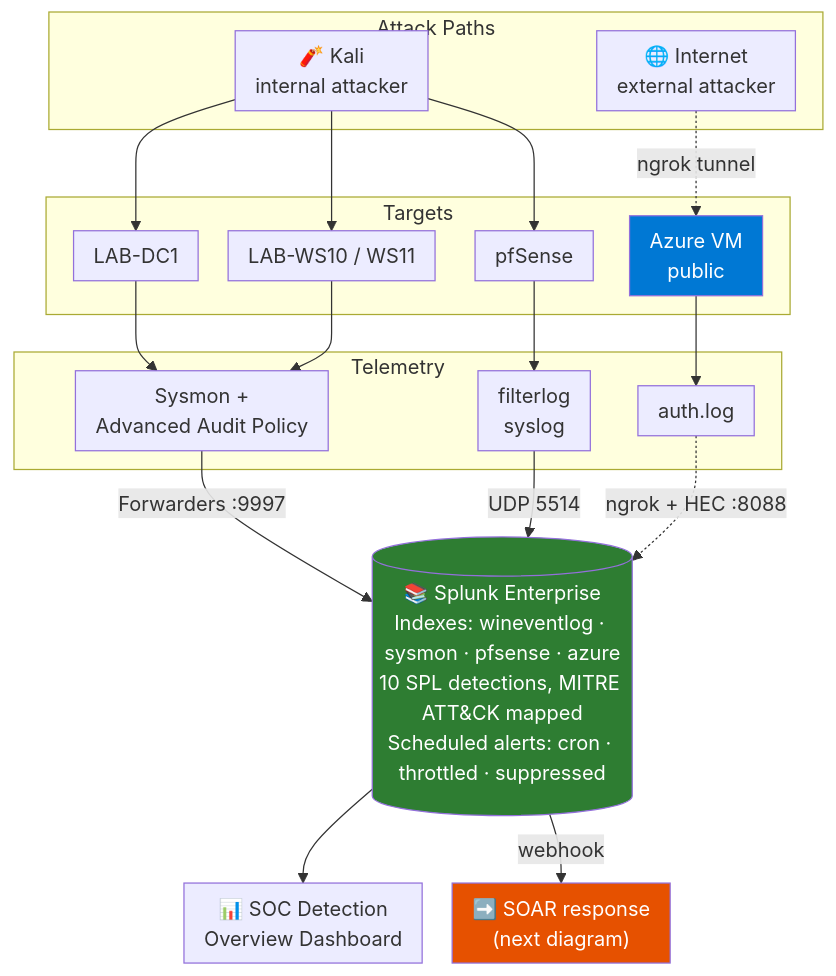
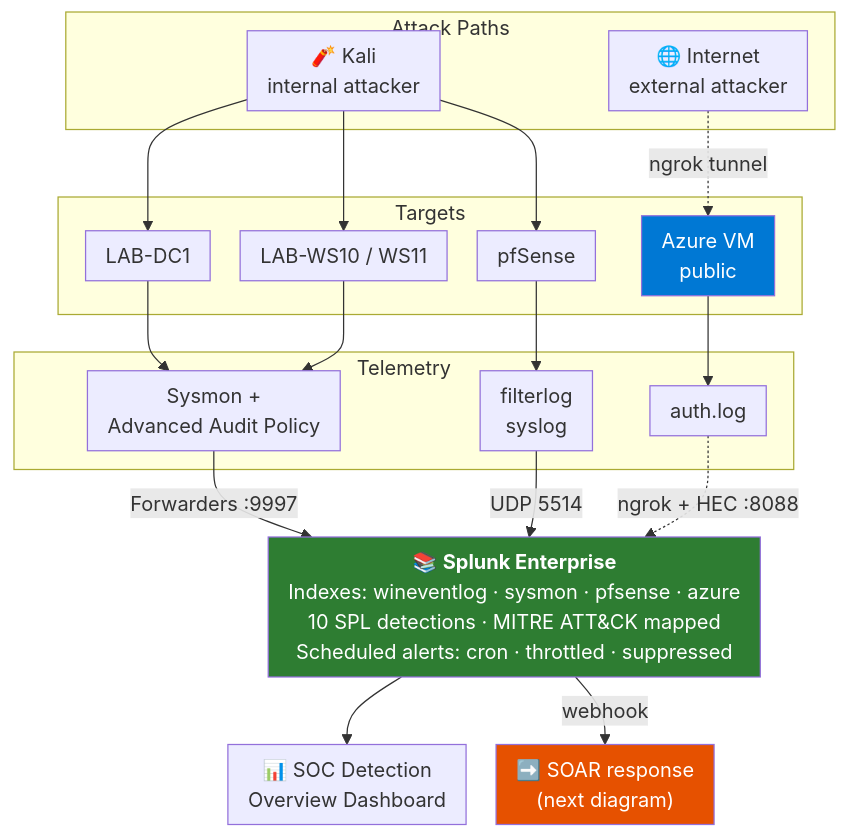
One commit to ahhmedmostafaa/SOC-SIEM-SOAR-HomeLab changed the first of 2 diagrams in architecture/README.md. Above: the diagram before and after it, drawn with Mermaid.

````diff
--- a/architecture/README.md
+++ b/architecture/README.md
@@ -11,45 +11,45 @@
 ```mermaid
-%%{init: {"flowchart": {"nodeSpacing": 24, "rankSpacing": 30, "padding": 8}}}%%
+%%{init: {"flowchart": {"nodeSpacing": 24, "rankSpacing": 30, "padding": 8, "wrappingWidth": 420}}}%%
 flowchart TB
     subgraph ATK["Attack Paths"]
         KALI["🧨 Kali<br/>internal attacker"]
         INET["🌐 Internet<br/>external attacker"]
     end
 
     subgraph TGT["Targets"]
         DC["LAB-DC1"]
         WS["LAB-WS10 / WS11"]
         FW["pfSense"]
         AZ["Azure VM<br/>public"]
     end
 
     subgraph TEL["Telemetry"]
         SYSMON["Sysmon +<br/>Advanced Audit Policy"]
         FWLOG["filterlog<br/>syslog"]
         AUTHLOG["auth.log"]
     end
 
-    SIEM[("📚 Splunk Enterprise<br/>Indexes: wineventlog · sysmon · pfsense · azure<br/>10 SPL detections, MITRE ATT&CK mapped<br/>Scheduled alerts: cron · throttled · suppressed")]
+    SIEM["📚 <b>Splunk Enterprise</b><br/>Indexes: wineventlog · sysmon · pfsense · azure<br/>10 SPL detections · MITRE ATT&CK mapped<br/>Scheduled alerts: cron · throttled · suppressed"]
 
     DASH["📊 SOC Detection<br/>Overview Dashboard"]
     SOAR["➡️ SOAR response<br/>(next diagram)"]
 
     KALI --> DC & WS & FW
     INET -. ngrok tunnel .-> AZ
 
     DC --> SYSMON
     WS --> SYSMON
     FW --> FWLOG
     AZ --> AUTHLOG
 
     SYSMON -- "Forwarders :9997" --> SIEM
     FWLOG -- "UDP 5514" --> SIEM
     AUTHLOG -. "ngrok + HEC :8088" .-> SIEM
 
     SIEM --> DASH
     SIEM -- "webhook" --> SOAR
 
     style SIEM fill:#2e7d32,color:#fff
     style AZ fill:#0078d4,color:#fff
     style SOAR fill:#e65100,color:#fff
 ```
````
